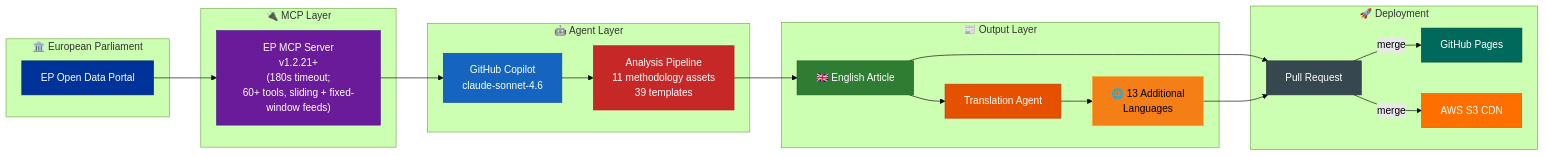
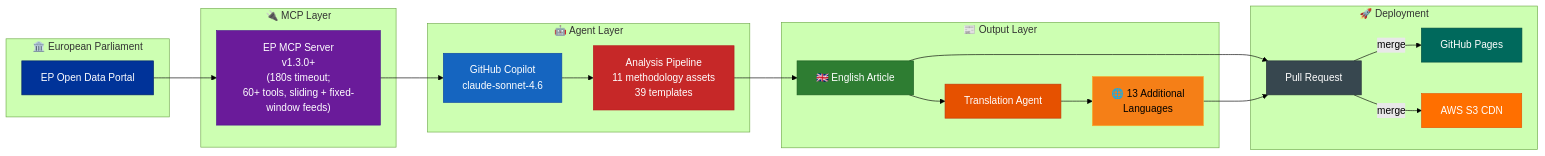
Diagram 22 of 22 in WORKFLOWS.md (Hack23/euparliamentmonitor), drawn with Mermaid (forest theme) before and after one commit. The commit also changed other lines of this file and 78 other files, not shown here.

First line of the commit message:
upgrade: european-parliament-mcp-server 1.2.21 → 1.3.0, add get_latest_votes

````diff
--- a/WORKFLOWS.md
+++ b/WORKFLOWS.md
@@ -2043,42 +2043,42 @@
 ```mermaid
 flowchart LR
     subgraph "🏛️ European Parliament"
         EP["EP Open Data Portal"]
     end
 
     subgraph "🔌 MCP Layer"
-        MCP["EP MCP Server<br/>v1.2.21+<br/>(180s timeout;<br/>60+ tools, sliding + fixed-window feeds)"]
+        MCP["EP MCP Server<br/>v1.3.0+<br/>(180s timeout;<br/>60+ tools, sliding + fixed-window feeds)"]
     end
 
     subgraph "🤖 Agent Layer"
         Agent["GitHub Copilot<br/>claude-sonnet-4.6"]
         Analyze["Analysis Pipeline<br/>11 methodology assets<br/>39 templates"]
     end
 
     subgraph "📰 Output Layer"
         EN["🇬🇧 English Article"]
         Translate["Translation Agent"]
         Multi["🌐 13 Additional<br/>Languages"]
     end
 
     subgraph "🚀 Deployment"
         PR["Pull Request"]
         Pages["GitHub Pages"]
         S3["AWS S3 CDN"]
     end
 
     EP --> MCP --> Agent --> Analyze --> EN --> PR
     EN --> Translate --> Multi --> PR
     PR --> |"merge"| Pages & S3
 
     style EP fill:#003399,stroke:#002266,color:#FFFFFF
     style MCP fill:#6A1B9A,stroke:#4A148C,color:#FFFFFF
     style Agent fill:#1565C0,stroke:#0D47A1,color:#FFFFFF
     style Analyze fill:#C62828,stroke:#B71C1C,color:#FFFFFF
     style EN fill:#2E7D32,stroke:#1B5E20,color:#FFFFFF
     style Translate fill:#E65100,stroke:#BF360C,color:#FFFFFF
     style Multi fill:#F57F17,stroke:#F9A825,color:#000000
     style PR fill:#37474F,stroke:#263238,color:#FFFFFF
     style Pages fill:#00695C,stroke:#004D40,color:#FFFFFF
     style S3 fill:#FF6F00,stroke:#E65100,color:#FFFFFF
 ```
````
